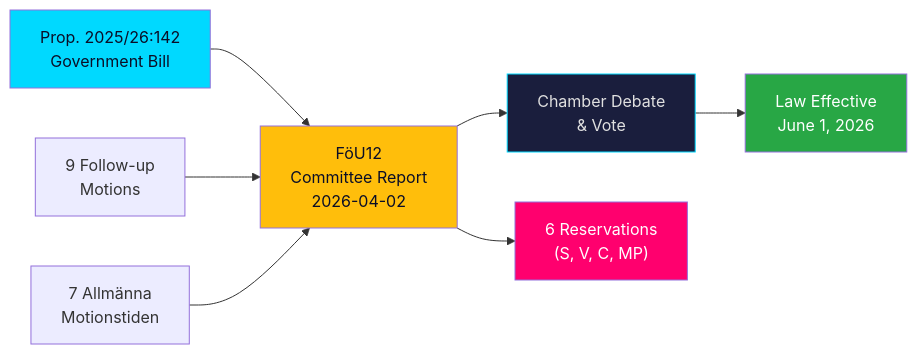
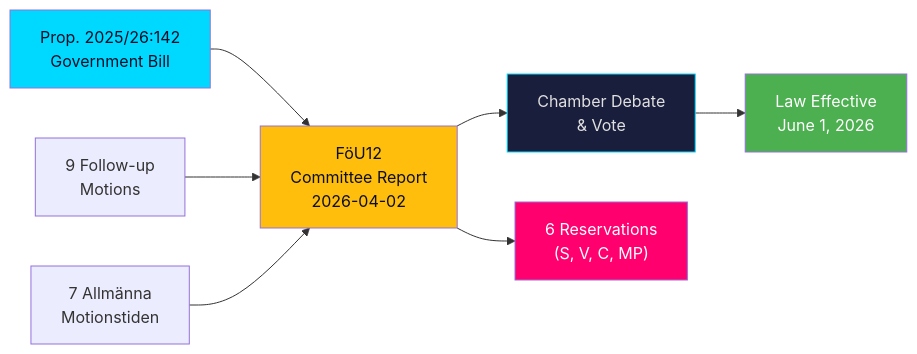
The third of 3 diagrams in analysis/daily/2026-04-03/committeeReports/documents/hd01föu12-analysis.md (Hack23/riksdagsmonitor), drawn with Mermaid before and after one commit. The commit also changed other lines of this file and 785 other files, not shown here.

First line of the commit message:
Normalize mermaid colors across 786 analysis artifacts to ISMS Style Guide palette

````diff
--- a/analysis/daily/2026-04-03/committeeReports/documents/hd01föu12-analysis.md
+++ b/analysis/daily/2026-04-03/committeeReports/documents/hd01föu12-analysis.md
@@ -146,17 +146,17 @@
 ```mermaid
 graph LR
     P["Prop. 2025/26:142<br/>Government Bill"] --> C["FöU12<br/>Committee Report<br/>2026-04-02"]
     C --> D["Chamber Debate<br/>& Vote"]
     D --> E["Law Effective<br/>June 1, 2026"]
 
     M1["9 Follow-up<br/>Motions"] --> C
     M2["7 Allmänna<br/>Motionstiden"] --> C
 
     C --> R1["6 Reservations<br/>(S, V, C, MP)"]
 
     style P fill:#00d9ff,color:#0a0e27
     style C fill:#ffbe0b,color:#0a0e27
     style D fill:#1a1e3d,color:#e0e0e0,stroke:#00d9ff
-    style E fill:#28a745,color:#fff
-    style R1 fill:#ff006e,color:#fff
+    style E fill:#4CAF50,color:#FFFFFF
+    style R1 fill:#ff006e,color:#FFFFFF
 ```
````
